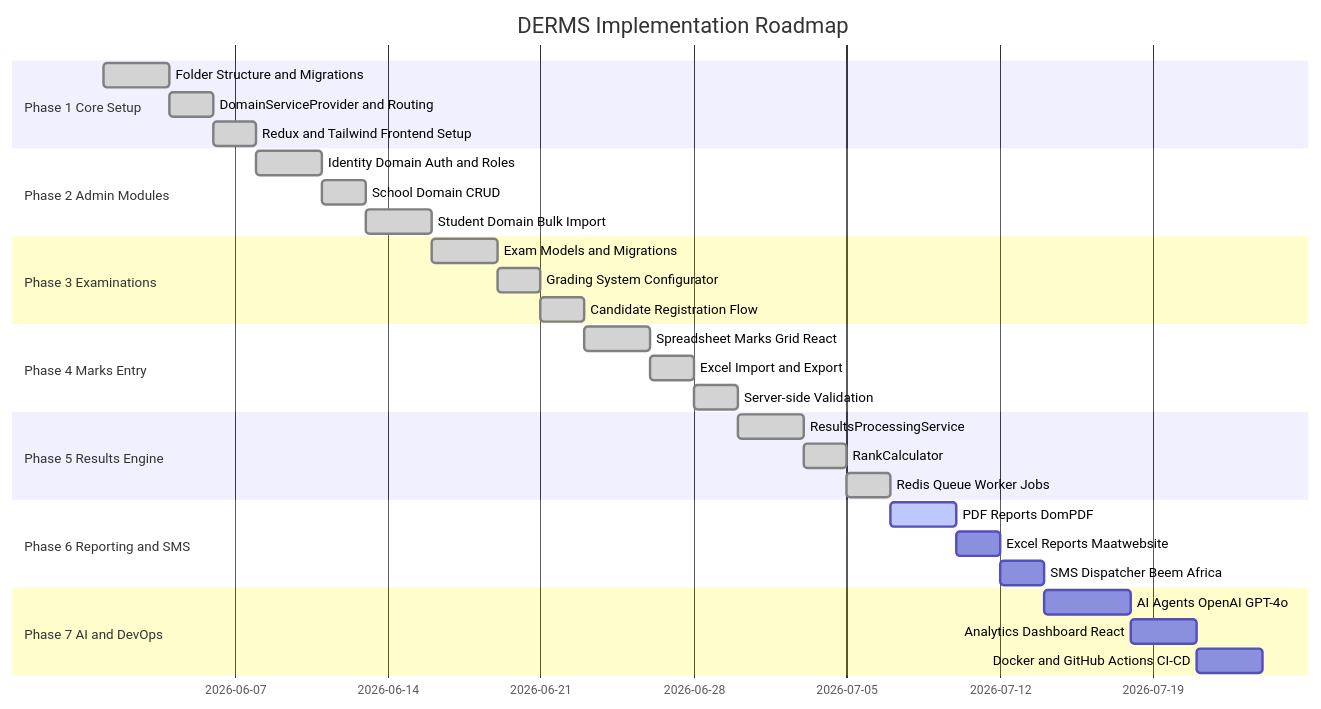
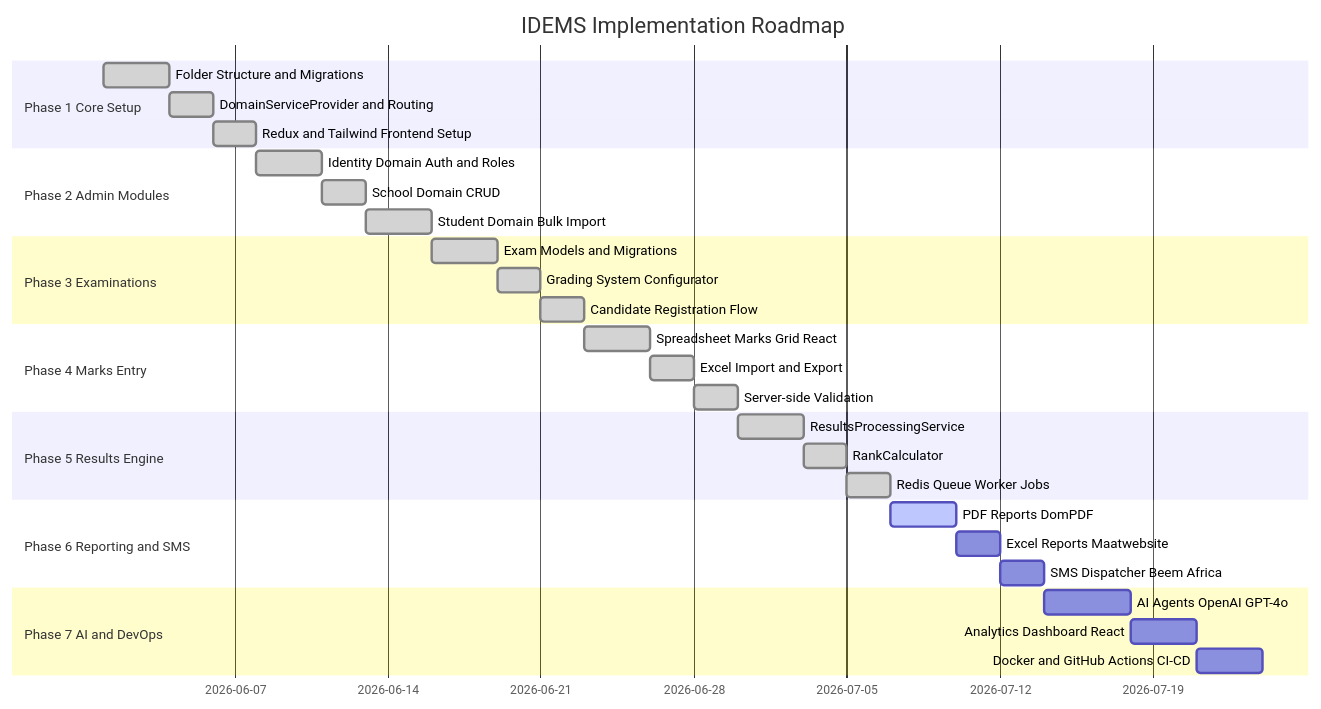
Before and after one commit to Onesmo-A/derms: the ninth of 9 diagrams in ARCHITECTURE.md, drawn with Mermaid. The commit also changed other lines of this file and 160 other files, not shown here.

````diff
--- a/ARCHITECTURE.md
+++ b/ARCHITECTURE.md
@@ -612,33 +612,33 @@
 ```mermaid
 gantt
-    title DERMS Implementation Roadmap
+    title IDEMS Implementation Roadmap
     dateFormat  YYYY-MM-DD
     section Phase 1 Core Setup
     Folder Structure and Migrations      :done, p1a, 2026-06-01, 3d
     DomainServiceProvider and Routing    :done, p1b, after p1a, 2d
     Redux and Tailwind Frontend Setup    :done, p1c, after p1b, 2d
     section Phase 2 Admin Modules
     Identity Domain Auth and Roles       :done, p2a, after p1c, 3d
     School Domain CRUD                   :done, p2b, after p2a, 2d
     Student Domain Bulk Import           :done, p2c, after p2b, 3d
     section Phase 3 Examinations
     Exam Models and Migrations           :done, p3a, after p2c, 3d
     Grading System Configurator          :done, p3b, after p3a, 2d
     Candidate Registration Flow          :done, p3c, after p3b, 2d
     section Phase 4 Marks Entry
     Spreadsheet Marks Grid React         :done, p4a, after p3c, 3d
     Excel Import and Export              :done, p4b, after p4a, 2d
     Server-side Validation               :done, p4c, after p4b, 2d
     section Phase 5 Results Engine
     ResultsProcessingService             :done, p5a, after p4c, 3d
     RankCalculator                       :done, p5b, after p5a, 2d
     Redis Queue Worker Jobs              :done, p5c, after p5b, 2d
     section Phase 6 Reporting and SMS
     PDF Reports DomPDF                   :active, p6a, after p5c, 3d
     Excel Reports Maatwebsite            :p6b, after p6a, 2d
     SMS Dispatcher Beem Africa           :p6c, after p6b, 2d
     section Phase 7 AI and DevOps
     AI Agents OpenAI GPT-4o              :p7a, after p6c, 4d
     Analytics Dashboard React            :p7b, after p7a, 3d
     Docker and GitHub Actions CI-CD      :p7c, after p7b, 3d
 ```
````
